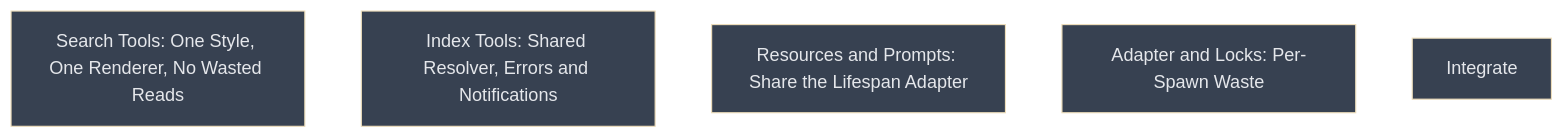
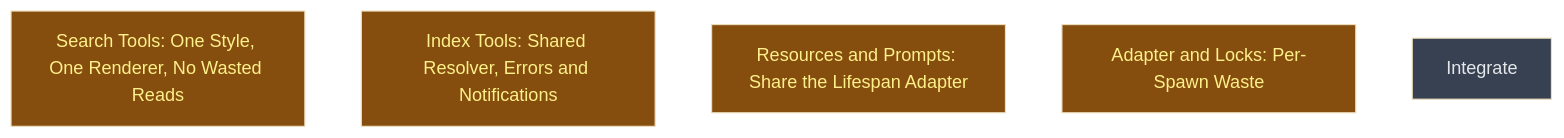
Before and after one commit to CrackingShells/colgrep-mcp: the diagram in __roadmap__/consistency/README.md, drawn with Mermaid (base theme). The commit also changed other lines of this file, not shown here.

Commit message:
docs(roadmap): mark the four depth-0 leaves in progress at dispatch

````diff
--- a/__roadmap__/consistency/README.md
+++ b/__roadmap__/consistency/README.md
@@ -35,13 +35,13 @@
 ```mermaid
 graph TD
-    search_tools[Search Tools: One Style, One Renderer, No Wasted Reads]:::planned
-    index_tools[Index Tools: Shared Resolver, Errors and Notifications]:::planned
-    context_free_handlers[Resources and Prompts: Share the Lifespan Adapter]:::planned
-    adapter_hygiene[Adapter and Locks: Per-Spawn Waste]:::planned
+    search_tools[Search Tools: One Style, One Renderer, No Wasted Reads]:::inprogress
+    index_tools[Index Tools: Shared Resolver, Errors and Notifications]:::inprogress
+    context_free_handlers[Resources and Prompts: Share the Lifespan Adapter]:::inprogress
+    adapter_hygiene[Adapter and Locks: Per-Spawn Waste]:::inprogress
     integrate[Integrate]:::planned
     classDef done       fill:#166534,color:#bbf7d0
     classDef inprogress fill:#854d0e,color:#fef08a
     classDef planned    fill:#374151,color:#e5e7eb
     classDef amendment  fill:#1e3a5f,color:#bfdbfe
     classDef blocked    fill:#7f1d1d,color:#fecaca
 ```
````
